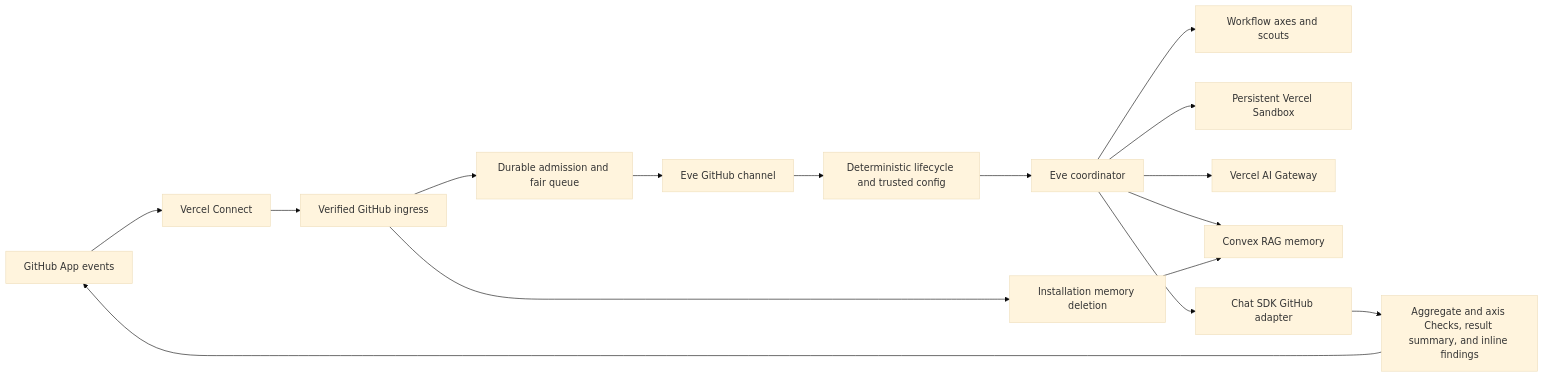
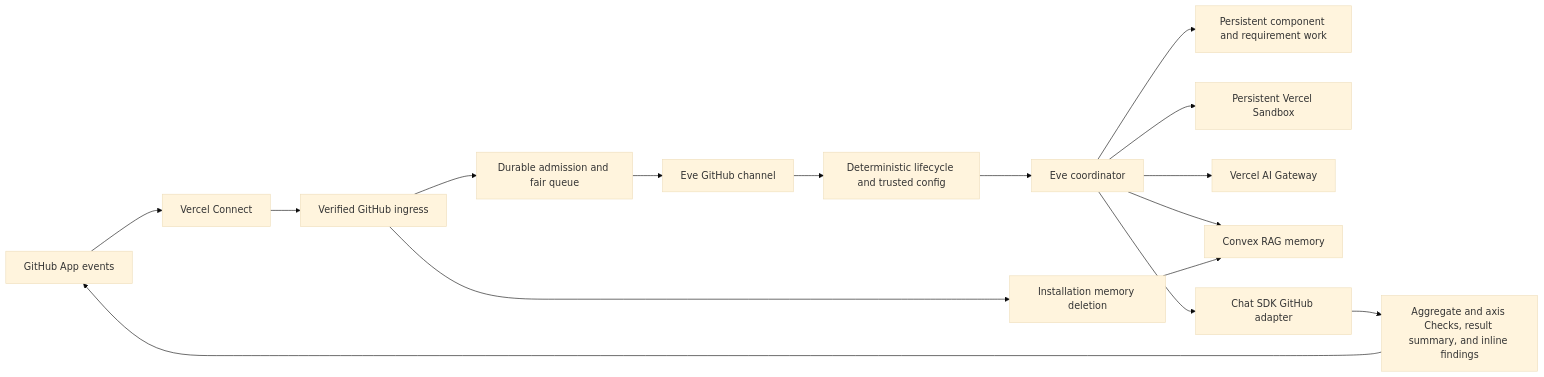
Before and after one commit to frostney/slop-sheriff: the diagram in docs/architecture.md, drawn with Mermaid (base theme). The commit also changed other lines of this file and 175 other files, not shown here.

````diff
--- a/docs/architecture.md
+++ b/docs/architecture.md
@@ -5,18 +5,18 @@
 ```mermaid
 flowchart LR
   GH["GitHub App events"] --> VC["Vercel Connect"]
   VC --> GI["Verified GitHub ingress"]
   GI --> DQ["Durable admission and fair queue"]
   DQ --> EC["Eve GitHub channel"]
   GI --> MD["Installation memory deletion"]
   EC --> LC["Deterministic lifecycle and trusted config"]
   LC --> ER["Eve coordinator"]
-  ER --> WF["Workflow axes and scouts"]
+  ER --> WF["Persistent component and requirement work"]
   ER --> VS["Persistent Vercel Sandbox"]
   ER --> AG["Vercel AI Gateway"]
   ER --> CM["Convex RAG memory"]
   MD --> CM
   ER --> CS["Chat SDK GitHub adapter"]
   CS --> CR["Aggregate and axis Checks, result summary, and inline findings"]
   CR --> GH
 ```
````
